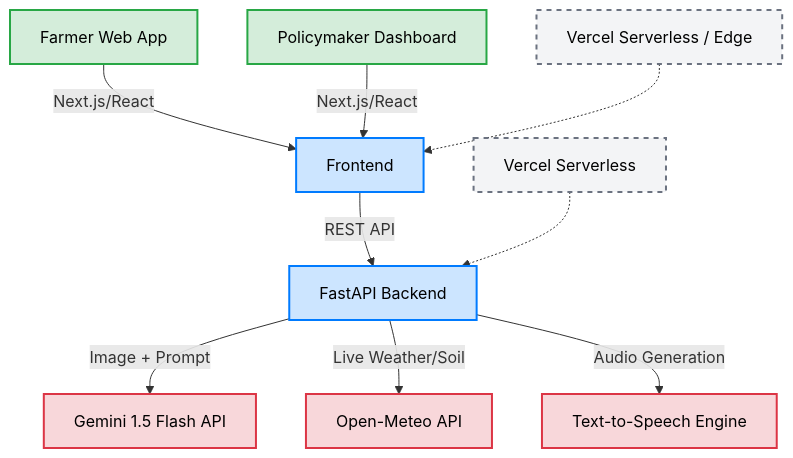
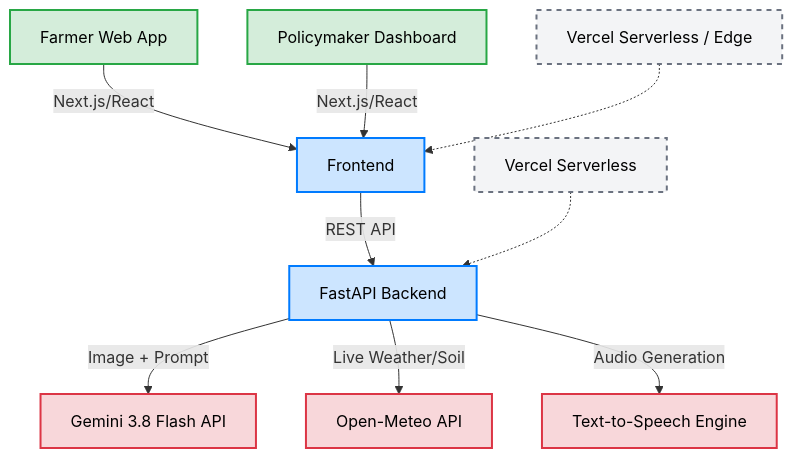
The diagram in README.md (varad-oss/krishisathi), drawn with Mermaid before and after one commit. The commit also changed other lines of this file and 2 other files, not shown here.

Commit message:
fix: migrate to current Gemini models

````diff
--- a/README.md
+++ b/README.md
@@ -28,29 +28,29 @@
 ```mermaid
 graph TD
     %% Clients
     FarmerWeb[Farmer Web App] -->|Next.js/React| Frontend
     PolicyWeb[Policymaker Dashboard] -->|Next.js/React| Frontend
 
     %% Frontend to Backend
     Frontend -->|REST API| FastAPI[FastAPI Backend]
     
     %% Backend Services
-    FastAPI -->|Image + Prompt| Gemini[Gemini 1.5 Flash API]
+    FastAPI -->|Image + Prompt| Gemini[Gemini 3.8 Flash API]
     FastAPI -->|Live Weather/Soil| OpenMeteo[Open-Meteo API]
     FastAPI -->|Audio Generation| gTTS[Text-to-Speech Engine]
     
     %% Deployment Layer
     VercelEdge[Vercel Serverless / Edge] -.-> Frontend
     VercelServerless[Vercel Serverless] -.-> FastAPI
     
     %% Styling
     classDef client color:#000000,fill:#d4edda,stroke:#28a745,stroke-width:2px;
     classDef server color:#000000,fill:#cce5ff,stroke:#007bff,stroke-width:2px;
     classDef external color:#000000,fill:#f8d7da,stroke:#dc3545,stroke-width:2px;
     classDef infra color:#000000,fill:#f3f4f6,stroke:#6b7280,stroke-width:2px,stroke-dasharray: 5 5;
     
     class FarmerWeb,PolicyWeb client;
     class FastAPI,Frontend server;
     class Gemini,OpenMeteo,gTTS external;
     class VercelEdge,VercelServerless infra;
 ```
````
